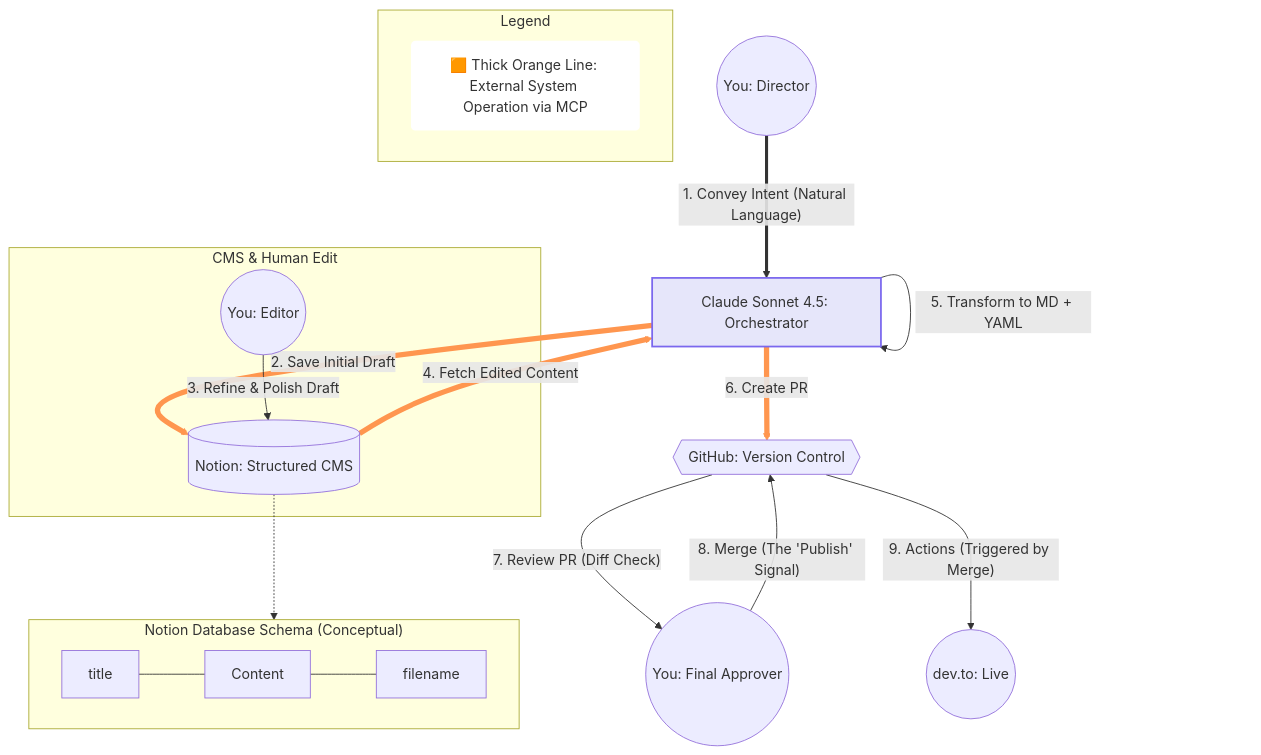
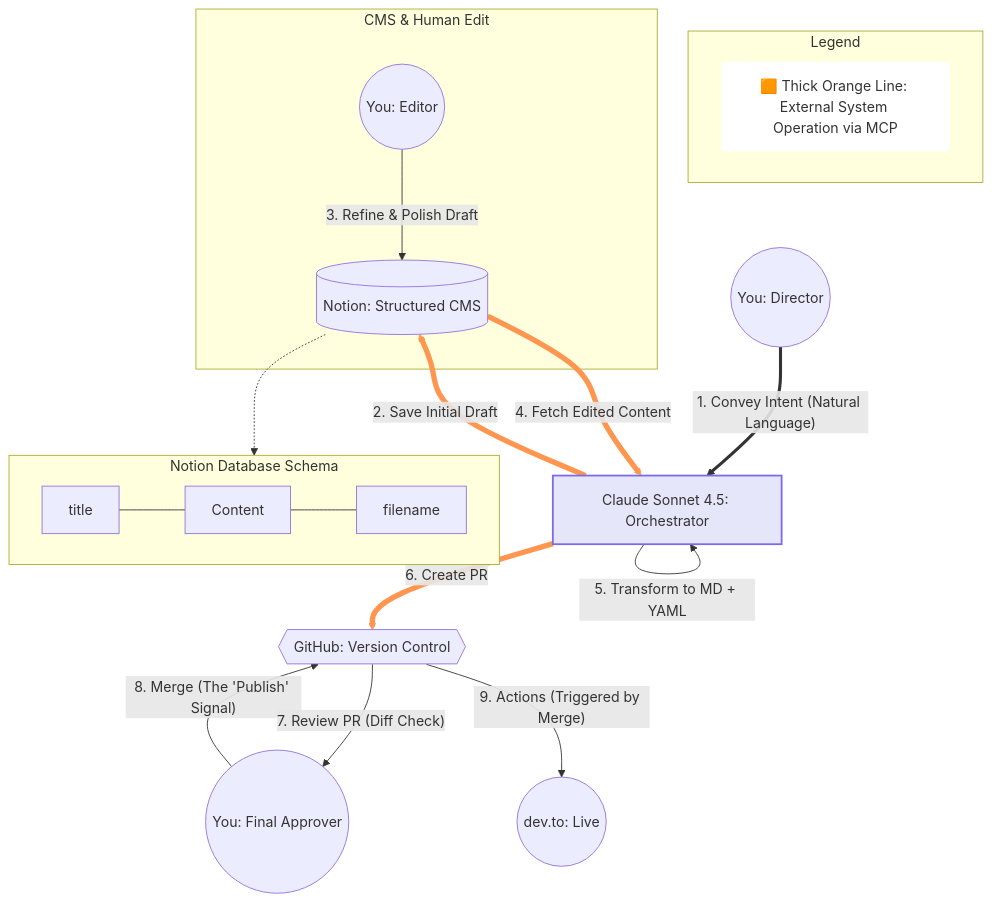
Before and after one commit to tinyalg/notion-mcp-challenge: the diagram in README.md, drawn with Mermaid. The commit also changed other lines of this file, not shown here.

Commit message:
Update README (#17)
* Update README

````diff
--- a/README.md
+++ b/README.md
@@ -19,60 +19,35 @@
 ```mermaid
 graph TD
-    %% --- Node Definitions ---
-    Input(("You: Director"))
-    Claude["Claude Sonnet 4.5: Orchestrator"]
-    Notion[("Notion: Structured CMS")]
-    Author(("You: Editor"))
-    GitHub{{"GitHub: Version Control"}}
-    User(("You: Final Approver"))
-    devto(("dev.to: Live"))
-    
-    %% --- Legend ---
-    subgraph Legend_Box [Legend]
+ subgraph Legend_Box["Legend"]
         L1["🟧 Thick Orange Line: External System Operation via MCP"]
-    end
-    style L1 fill:#ffffff,stroke:none,color:#333,rx:5,ry:5
-    
-    %% --- Subgraphs ---
-    subgraph CMS_Phase ["CMS & Human Edit"]
-        Author
-        Notion
-    end
-
-    subgraph Notion_Structure ["Notion Database Schema (Conceptual)"]
-        direction LR
-        Prop1[title]
-        Prop2[Content]
-        Prop3[filename]
-    end
-
-    %% --- Connections ---
-    %% 0. Input (Index 0)
-    Input == "1. Convey Intent (Natural Language)" ==> Claude
-    
-    %% [MCP Connections] Index 1, 2, 3
+  end
+ subgraph CMS_Phase["CMS & Human Edit"]
+        Author(("You: Editor"))
+        Notion[("Notion: Structured CMS")]
+  end
+ subgraph Notion_Structure["Notion Database Schema"]
+    direction LR
+        Prop1["title"]
+        Prop2["Content"]
+        Prop3["filename"]
+  end
+    Input(("You: Director")) == "1. Convey Intent (Natural Language)" ==> Claude["Claude Sonnet 4.5: Orchestrator"]
     Claude == "2. Save Initial Draft" ==> Notion
     Notion == "4. Fetch Edited Content" ==> Claude
-    Claude == "6. Create PR" ==> GitHub
-    
-    %% [Other Connections]
+    Claude == "6. Create PR" ==> GitHub{{"GitHub: Version Control"}}
     Author -- "3. Refine & Polish Draft" --> Notion
     Claude -- "5. Transform to MD + YAML" --> Claude
-    User -- "8. Merge (The 'Publish' Signal)" --> GitHub
+    User(("You: Final Approver")) -- "8. Merge (The 'Publish' Signal)" --> GitHub
     GitHub -- "7. Review PR (Diff Check)" --> User
-    GitHub -- "9. Actions (Triggered by Merge)" --> devto
-    
-    %% [Schema Connections]
+    GitHub -- "9. Actions (Triggered by Merge)" --> devto(("dev.to: Live"))
     Prop1 --- Prop2
     Prop2 --- Prop3
-    Notion -.-> Prop1
+    Notion -.-> Notion_Structure
 
-    %% --- Styles ---
-    classDef claudeStyle fill:#e6e6fa,stroke:#7b68ee,stroke-width:2px,color:#333;
-    class Claude claudeStyle;
-
-    %% Highlight MCP access
-    linkStyle 1 stroke:#ff964f,stroke-width:6px;
-    linkStyle 2 stroke:#ff964f,stroke-width:6px;
-    linkStyle 3 stroke:#ff964f,stroke-width:6px;
+     Claude:::claudeStyle
+    classDef claudeStyle fill:#e6e6fa,stroke:#7b68ee,stroke-width:2px,color:#333
+    style L1 fill:#ffffff,stroke:none,color:#333,rx:5,ry:5
+    linkStyle 1 stroke:#ff964f,stroke-width:6px,fill:none
+    linkStyle 2 stroke:#ff964f,stroke-width:6px,fill:none
+    linkStyle 3 stroke:#ff964f,stroke-width:6px,fill:none
 ```
````
